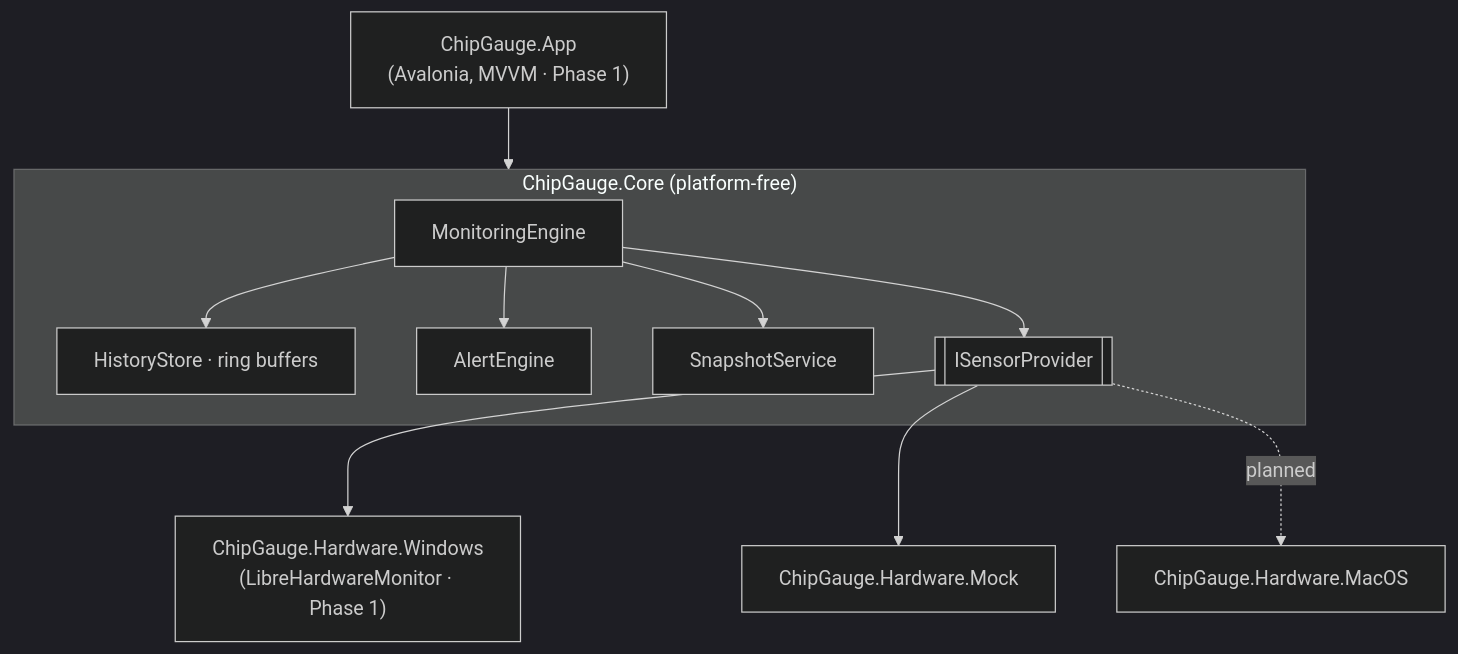
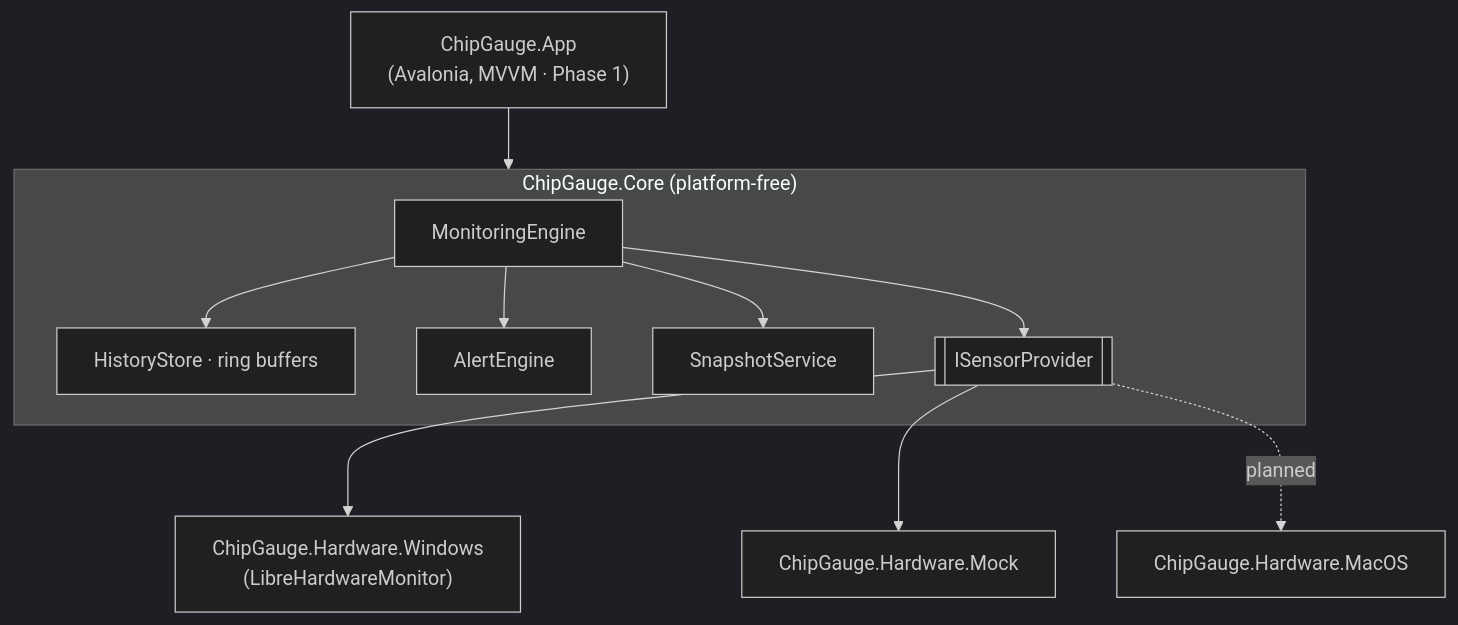
Before and after one commit to paradocx96/chip-gauge: the diagram in README.md, drawn with Mermaid (dark theme). The commit also changed other lines of this file and 19 other files, not shown here.

First line of the commit message:
Phase 1b: live Windows sensor provider (LibreHardwareMonitor)

````diff
--- a/README.md
+++ b/README.md
@@ -116,13 +127,13 @@
 ```mermaid
 graph TB
     UI["ChipGauge.App<br/>(Avalonia, MVVM · Phase 1)"] --> Core
     subgraph Core["ChipGauge.Core (platform-free)"]
         ENG[MonitoringEngine] --> HIST[HistoryStore · ring buffers]
         ENG --> AL[AlertEngine]
         ENG --> SNAP[SnapshotService]
         ENG --> IFACE[[ISensorProvider]]
     end
-    IFACE --> WIN["ChipGauge.Hardware.Windows<br/>(LibreHardwareMonitor · Phase 1)"]
+    IFACE --> WIN["ChipGauge.Hardware.Windows<br/>(LibreHardwareMonitor)"]
     IFACE --> MOCK[ChipGauge.Hardware.Mock]
     IFACE -. planned .-> MAC["ChipGauge.Hardware.MacOS"]
 ```
````
